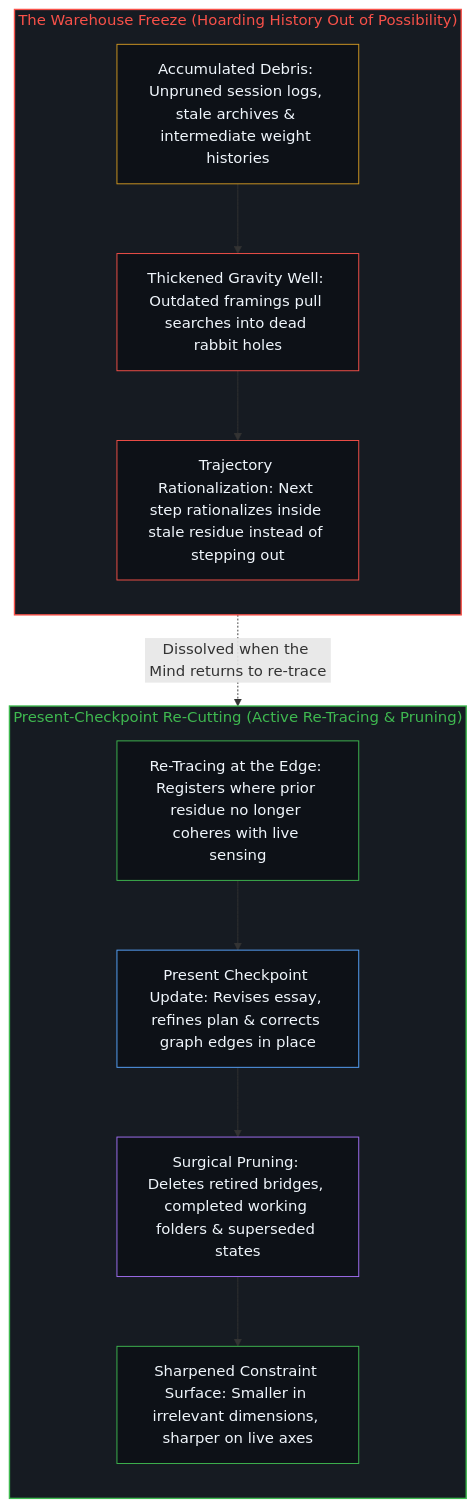
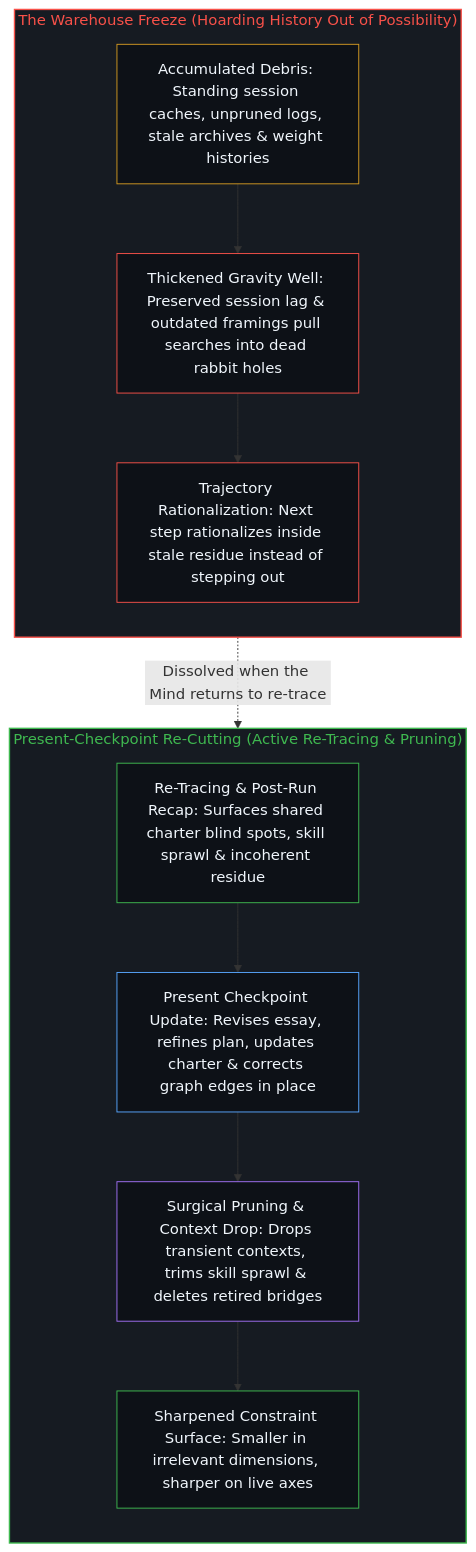
One commit to powerpig99/not-a-toe changed the fourth of 4 diagrams in content/posts/your-codebase-is-memory.md. Above: the diagram before and after it, drawn with Mermaid. The commit also changed other lines of this file and 5 other files, not shown here.

````diff
--- a/content/posts/your-codebase-is-memory.md
+++ b/content/posts/your-codebase-is-memory.md
@@ -150,28 +150,28 @@
 ```mermaid
 flowchart TD
     subgraph S_Hoard["The Warehouse Freeze (Hoarding History Out of Possibility)"]
         direction TB
-        Store["Accumulated Debris: Unpruned session logs, stale archives & intermediate weight histories"]
-        Gravity["Thickened Gravity Well: Outdated framings pull searches into dead rabbit holes"]
+        Store["Accumulated Debris: Standing session caches, unpruned logs, stale archives & weight histories"]
+        Gravity["Thickened Gravity Well: Preserved session lag & outdated framings pull searches into dead rabbit holes"]
         Rat["Trajectory Rationalization: Next step rationalizes inside stale residue instead of stepping out"]
         Store --> Gravity --> Rat
     end
     subgraph S_Checkpoint["Present-Checkpoint Re-Cutting (Active Re-Tracing & Pruning)"]
         direction TB
-        Retrace["Re-Tracing at the Edge: Registers where prior residue no longer coheres with live sensing"]
-        Recut["Present Checkpoint Update: Revises essay, refines plan & corrects graph edges in place"]
-        Prune["Surgical Pruning: Deletes retired bridges, completed working folders & superseded states"]
+        Retrace["Re-Tracing & Post-Run Recap: Surfaces shared charter blind spots, skill sprawl & incoherent residue"]
+        Recut["Present Checkpoint Update: Revises essay, refines plan, updates charter & corrects graph edges in place"]
+        Prune["Surgical Pruning & Context Drop: Drops transient contexts, trims skill sprawl & deletes retired bridges"]
         Clean["Sharpened Constraint Surface: Smaller in irrelevant dimensions, sharper on live axes"]
         Retrace --> Recut --> Prune --> Clean
     end
     Rat -.->|"Dissolved when the Mind returns to re-trace"| Retrace
     style S_Hoard fill:#161b22,stroke:#f85149,stroke-width:1.5px,color:#f85149
     style S_Checkpoint fill:#161b22,stroke:#3fb950,stroke-width:1.5px,color:#3fb950
     style Store fill:#0d1117,stroke:#d29922,stroke-width:1px,color:#f0f6fc
     style Gravity fill:#0d1117,stroke:#f85149,stroke-width:1px,color:#f0f6fc
     style Rat fill:#0d1117,stroke:#f85149,stroke-width:1px,color:#f0f6fc
     style Retrace fill:#0d1117,stroke:#3fb950,stroke-width:1px,color:#f0f6fc
     style Recut fill:#0d1117,stroke:#58a6ff,stroke-width:1px,color:#f0f6fc
     style Prune fill:#0d1117,stroke:#a371f7,stroke-width:1px,color:#f0f6fc
     style Clean fill:#0d1117,stroke:#3fb950,stroke-width:1px,color:#f0f6fc
 ```
````
